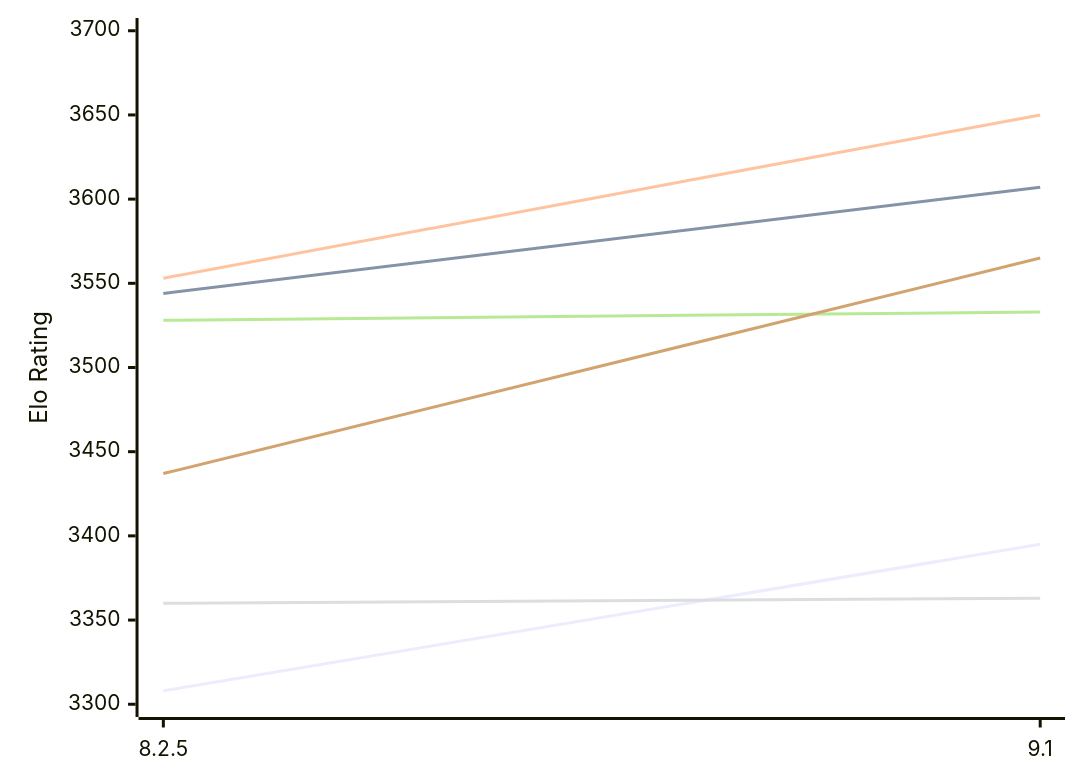
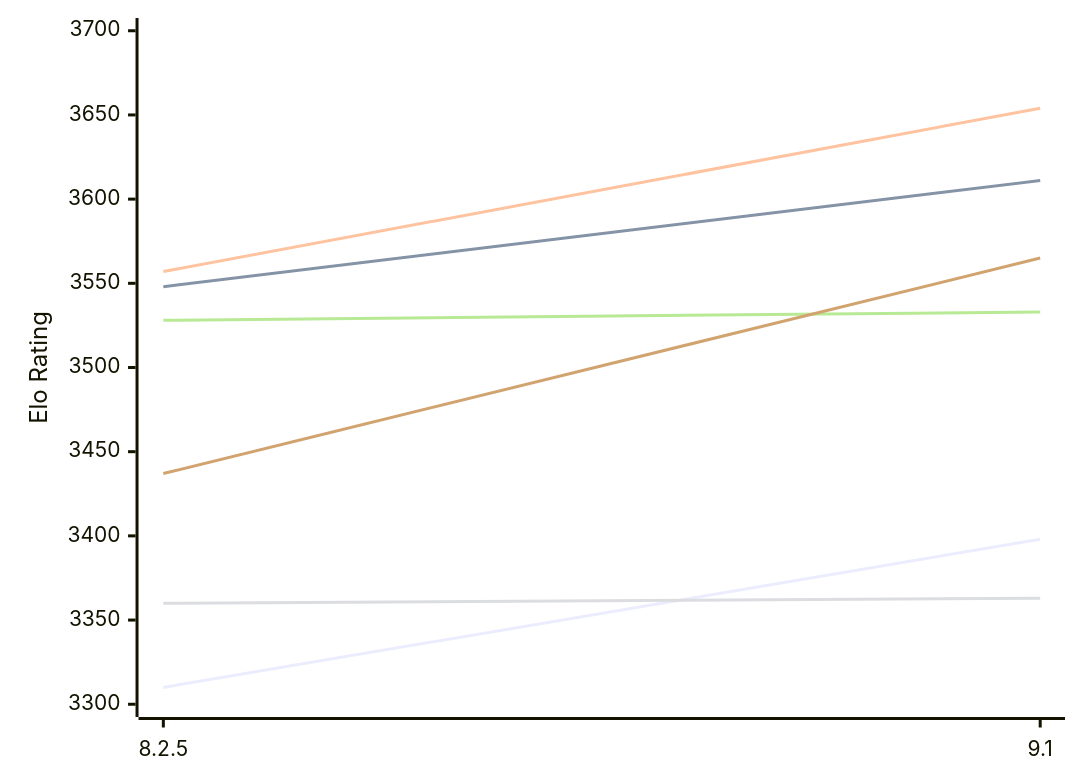
One commit to computer-chess-index/cci changed the first of 2 diagrams in engines/Clover.md. Above: the diagram before and after it, drawn with Mermaid. The commit also changed other lines of this file, not shown here.

Commit message:
Update CCI Ratings (ELO VLTC) - 2026-11-22

````diff
--- a/engines/Clover.md
+++ b/engines/Clover.md
@@ -52,12 +52,12 @@
 ```mermaid
 %%{init: {"theme":"base","themeVariables":{"seriesColors:['#a3a3a3','#222221','#faa371']}}}%%
 xychart-beta
   x-axis ["8.2.5", "9.1"]
   y-axis "Elo Rating" 3300 --> 3700
-  line "E1: STC (8.0+0.08s)" [3308, 3395]
-  line "E1: LTC (60.0+0.60s)" [3544, 3607]
-  line "E1: VLTC (2m24s+1.12s)" [3553, 3650]
+  line "E1: STC (8.0+0.08s)" [3310, 3398]
+  line "E1: LTC (60.0+0.60s)" [3548, 3611]
+  line "E1: VLTC (2m24s+1.12s)" [3557, 3654]
   line "P1: STC (8.0+0.08s)" [3360, 3363]
   line "P1: LTC (60.0+0.60s)" [3528, 3533]
   line "P1: VLTC (2m24s+1.12s)" [3437, 3565]
 ```
````
